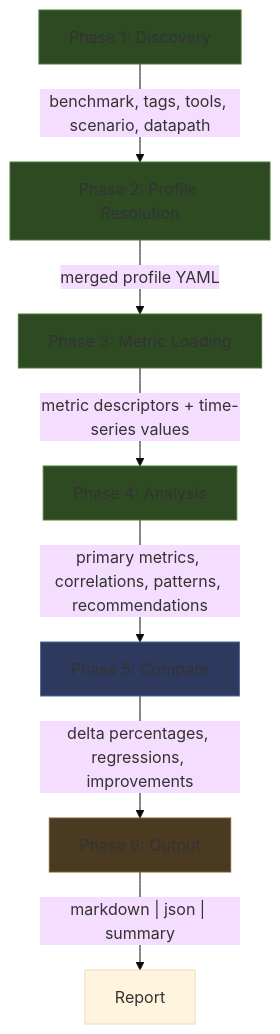
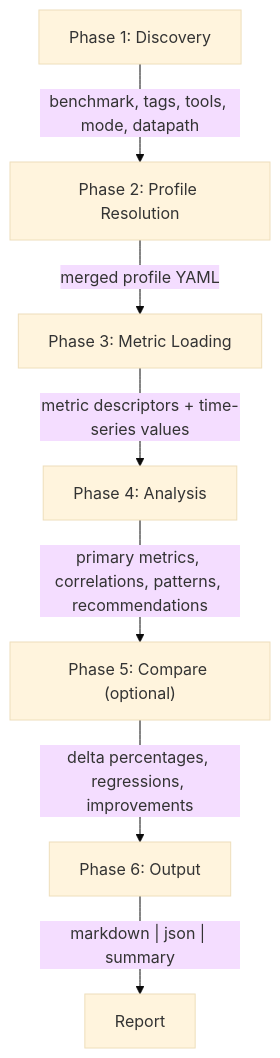
Before and after one commit to pradiptapks/crucible-run-analysis: the second of 4 diagrams in docs/architecture.md, drawn with Mermaid (base theme). The commit also changed other lines of this file and 2 other files, not shown here.

First line of the commit message:
docs: standardize documentation across all crucible benchmarks and tools

````diff
--- a/docs/architecture.md
+++ b/docs/architecture.md
@@ -32,23 +35,16 @@
 ```mermaid
 flowchart TD
     D["Phase 1: Discovery"]
     PR["Phase 2: Profile Resolution"]
     ML["Phase 3: Metric Loading"]
     A["Phase 4: Analysis"]
-    C["Phase 5: Compare"]
+    C["Phase 5: Compare (optional)"]
     O["Phase 6: Output"]
 
-    D -->|"benchmark, tags, tools, scenario, datapath"| PR
+    D -->|"benchmark, tags, tools, mode, datapath"| PR
     PR -->|"merged profile YAML"| ML
     ML -->|"metric descriptors + time-series values"| A
     A -->|"primary metrics, correlations, patterns, recommendations"| C
     C -->|"delta percentages, regressions, improvements"| O
     O -->|"markdown | json | summary"| Result["Report"]
-
-    style D fill:#2d4a22,stroke:#4a7a33
-    style PR fill:#2d4a22,stroke:#4a7a33
-    style ML fill:#2d4a22,stroke:#4a7a33
-    style A fill:#2d4a22,stroke:#4a7a33
-    style C fill:#2d3a5e,stroke:#4a6a9e
-    style O fill:#4a3a22,stroke:#7a5a33
 ```
````
